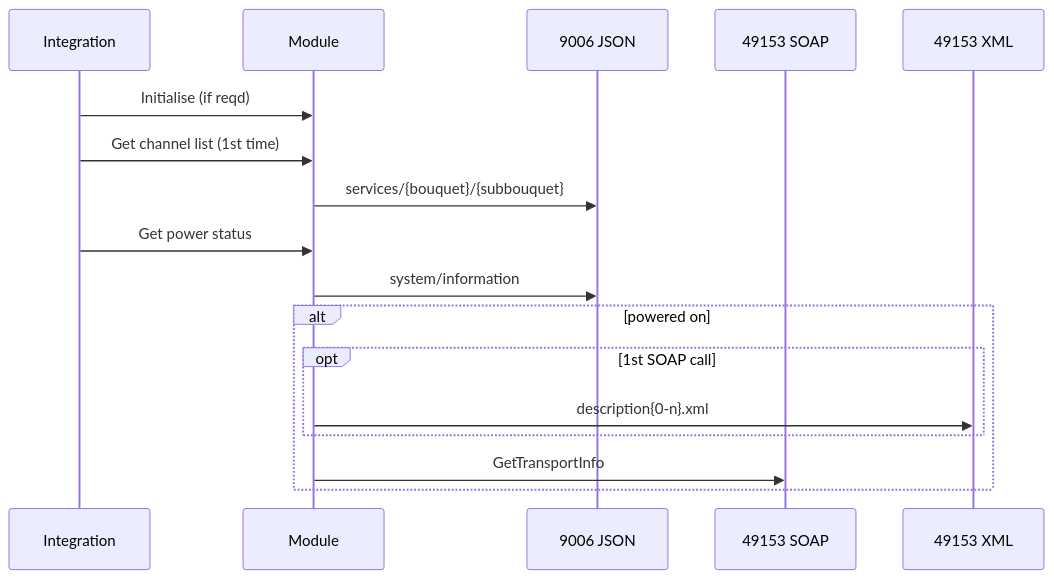
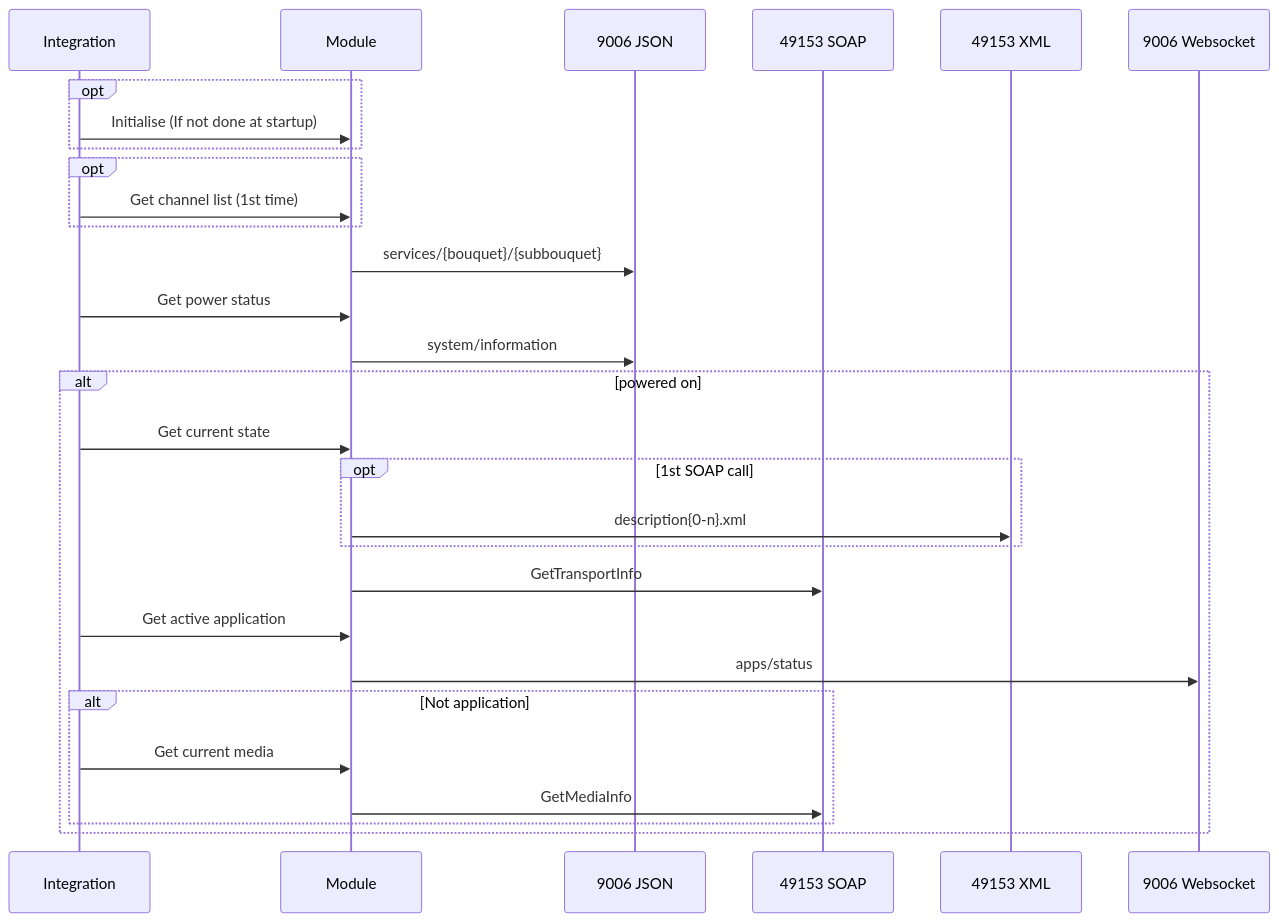
One commit to RogerSelwyn/test-mermaid changed the second of 2 diagrams in flowchart/README.md. Above: the diagram before and after it, drawn with Mermaid.

````diff
--- a/flowchart/README.md
+++ b/flowchart/README.md
@@ -16,19 +16,31 @@
 ```mermaid
 sequenceDiagram
 participant I as Integration
 participant M as Module
 participant J as 9006 JSON
 participant S as 49153 SOAP
 participant X as 49153 XML
-I->>M: Initialise (if reqd)
-I->>M: Get channel list (1st time)
+participant W as 9006 Websocket
+opt
+  I->>M: Initialise (If not done at startup)
+end
+opt
+  I->>M: Get channel list (1st time)
+end
 M->>J: services/{bouquet}/{subbouquet}
 I->>M: Get power status
 M->>J: system/information
 alt powered on
+  I->>M: Get current state
   opt 1st SOAP call
     M->>X: description{0-n}.xml
   end
   M->>S: GetTransportInfo
+  I->>M: Get active application
+  M->>W: apps/status
+  alt Not application
+    I->>M: Get current media
+    M->>S: GetMediaInfo
+  end
 end
 ```
````
